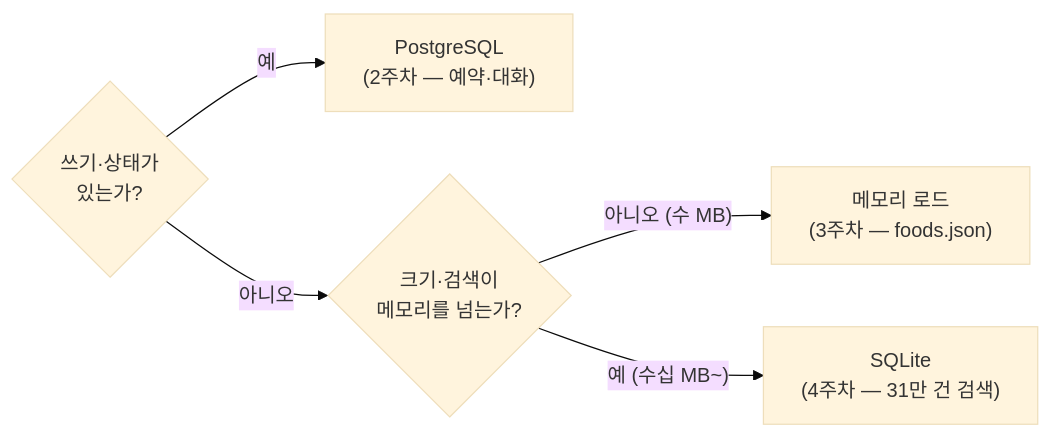
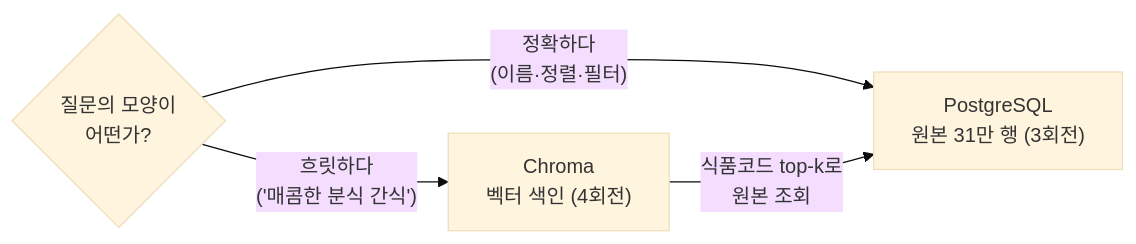
Before and after one commit to 2026-ai-service-engineering-a/ai_service_engineering-track_a: the second of 3 diagrams in site/src/content/courses/ko/session-04/index.mdx, drawn with Mermaid (base theme). The commit also changed other lines of this file, not shown here.

Commit message:
Replace SQLite with PostgreSQL service in session 4

````diff
--- a/site/src/content/courses/ko/session-04/index.mdx
+++ b/site/src/content/courses/ko/session-04/index.mdx
@@ -136,7 +137,6 @@
 ```mermaid
 flowchart LR
-    Q1{"쓰기·상태가<br/>있는가?"} -- 예 --> PG["PostgreSQL<br/>(2주차 — 예약·대화)"]
-    Q1 -- 아니오 --> Q2{"크기·검색이<br/>메모리를 넘는가?"}
-    Q2 -- "아니오 (수 MB)" --> MEM["메모리 로드<br/>(3주차 — foods.json)"]
-    Q2 -- "예 (수십 MB~)" --> SQ["SQLite<br/>(4주차 — 31만 건 검색)"]
+    Q{"질문의 모양이<br/>어떤가?"} -- "정확하다<br/>(이름·정렬·필터)" --> PG["PostgreSQL<br/>원본 31만 행 (3회전)"]
+    Q -- "흐릿하다<br/>('매콤한 분식 간식')" --> CH["Chroma<br/>벡터 색인 (4회전)"]
+    CH -- "식품코드 top-k로<br/>원본 조회" --> PG
 ```
````
